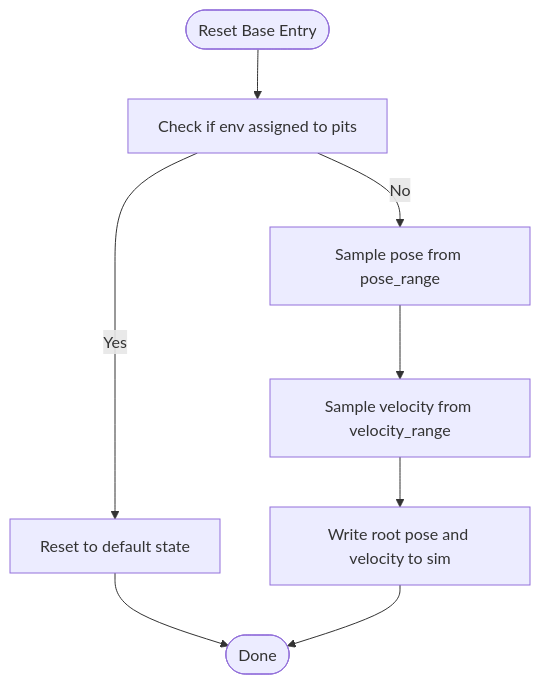
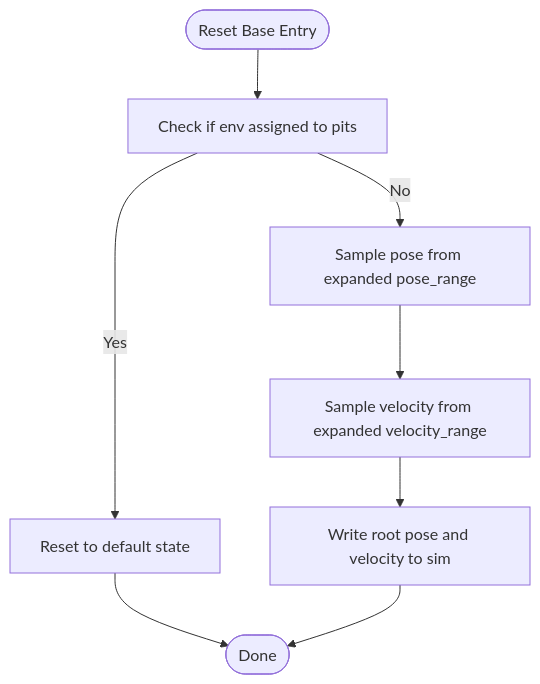
One commit to jayjayhust/robot_lab changed the third of 4 diagrams in .qoder/repowiki/en/content/Task Configuration Framework/Velocity-Based Locomotion Tasks/Environment Events and Randomization.md. Above: the diagram before and after it, drawn with Mermaid. The commit also changed other lines of this file and 21 other files, not shown here.

````diff
--- a/.qoder/repowiki/en/content/Task Configuration Framework/Velocity-Based Locomotion Tasks/Environment Events and Randomization.md
+++ b/.qoder/repowiki/en/content/Task Configuration Framework/Velocity-Based Locomotion Tasks/Environment Events and Randomization.md
@@ -219,10 +226,10 @@
 ```mermaid
 flowchart TD
 Start(["Reset Base Entry"]) --> CheckPits["Check if env assigned to pits"]
 CheckPits --> |Yes| ResetDefault["Reset to default state"]
-CheckPits --> |No| SamplePose["Sample pose from pose_range"]
-SamplePose --> SampleVel["Sample velocity from velocity_range"]
+CheckPits --> |No| SamplePose["Sample pose from expanded pose_range"]
+SamplePose --> SampleVel["Sample velocity from expanded velocity_range"]
 SampleVel --> ApplyState["Write root pose and velocity to sim"]
 ResetDefault --> End(["Done"])
 ApplyState --> End
 ```
````
